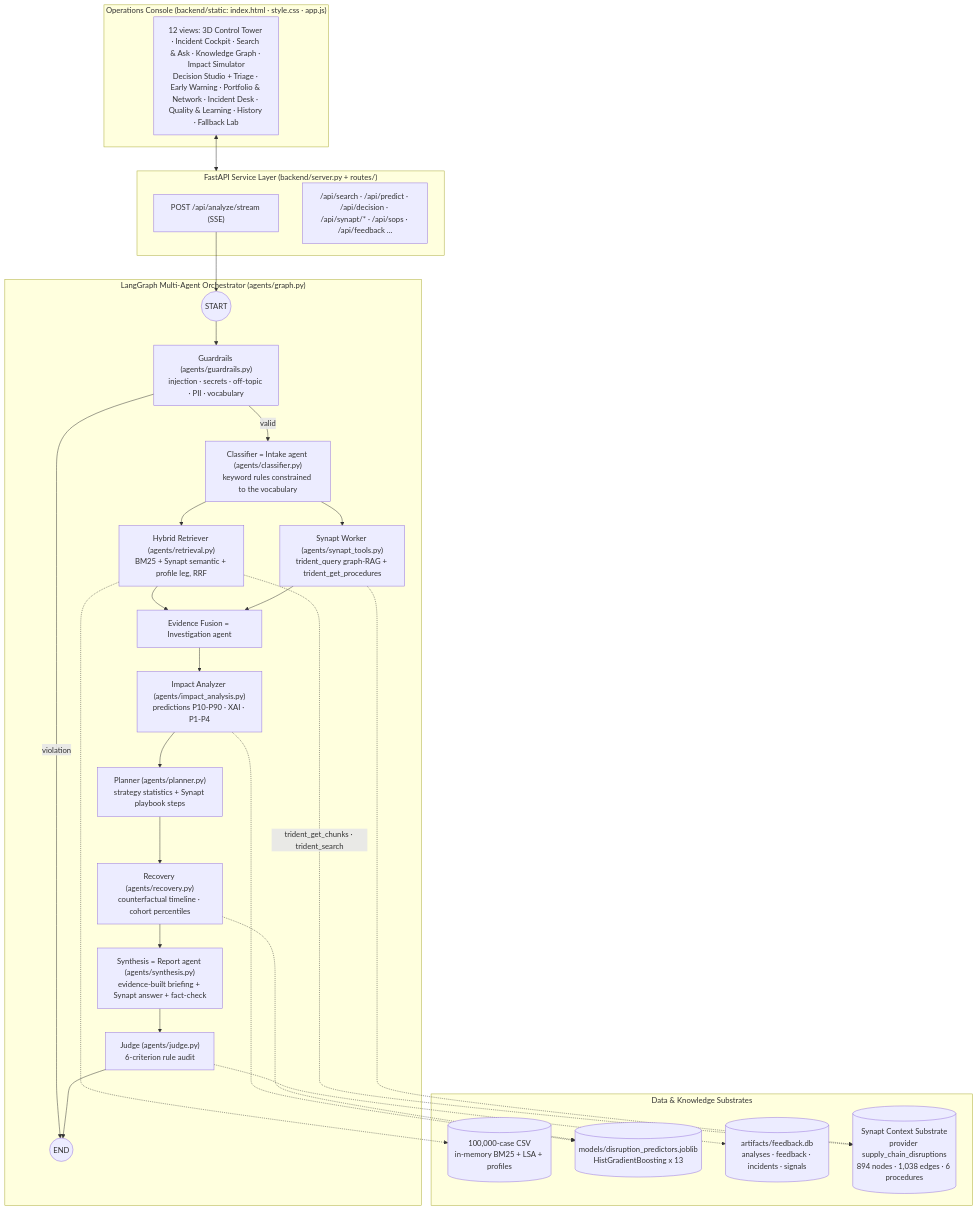
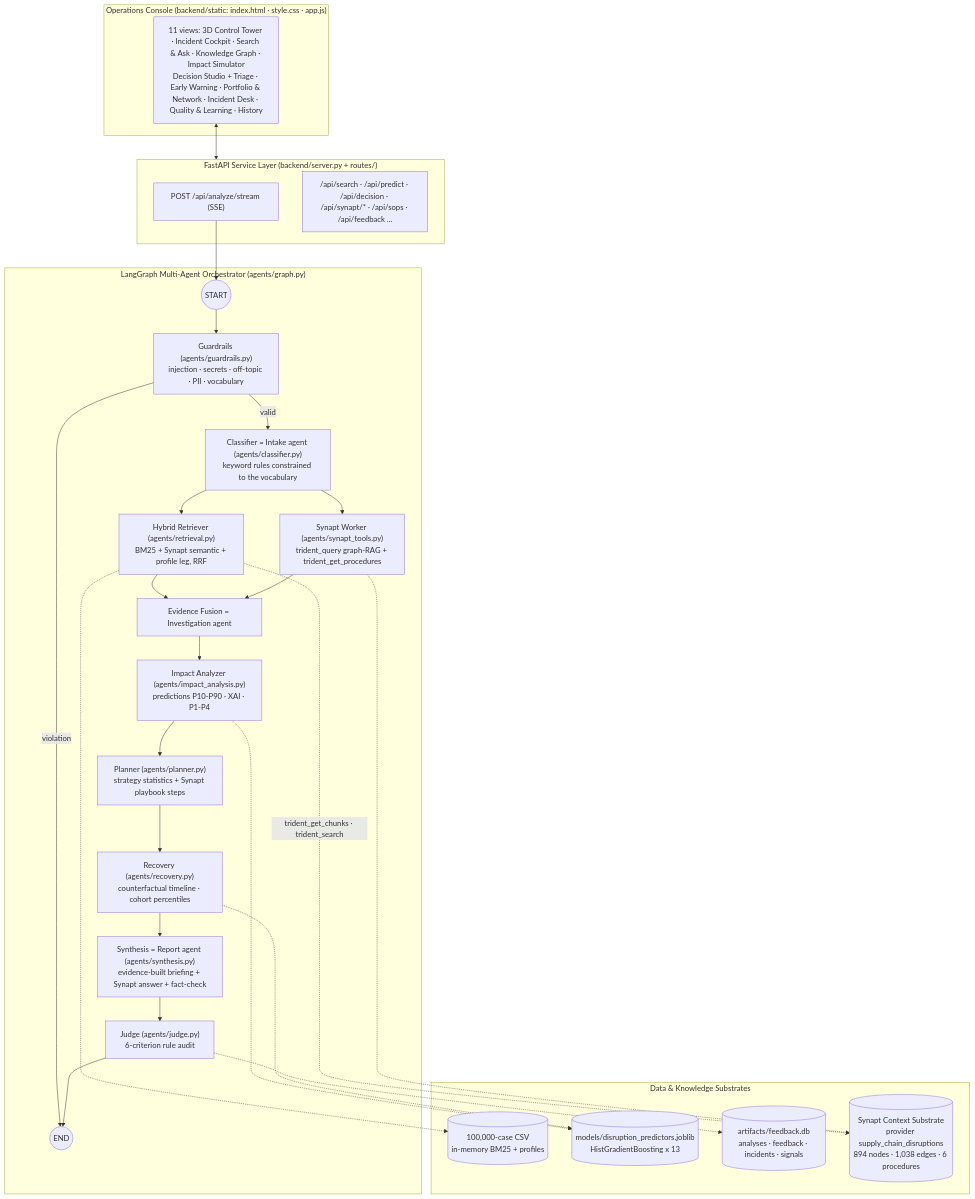
Before and after one commit to Revanth2074/SupplyChain: the second of 2 diagrams in documentation/ARCHITECTURE.md, drawn with Mermaid. The commit also changed other lines of this file and 44 other files, not shown here.

````diff
--- a/documentation/ARCHITECTURE.md
+++ b/documentation/ARCHITECTURE.md
@@ -76,50 +76,50 @@
 ```mermaid
 flowchart TD
     subgraph Client_Layer ["Operations Console (backend/static: index.html · style.css · app.js)"]
-        UI["12 views: 3D Control Tower · Incident Cockpit · Search & Ask · Knowledge Graph · Impact Simulator<br/>Decision Studio + Triage · Early Warning · Portfolio & Network · Incident Desk · Quality & Learning · History · Fallback Lab"]
+        UI["11 views: 3D Control Tower · Incident Cockpit · Search & Ask · Knowledge Graph · Impact Simulator<br/>Decision Studio + Triage · Early Warning · Portfolio & Network · Incident Desk · Quality & Learning · History"]
     end
 
     subgraph Service_Layer ["FastAPI Service Layer (backend/server.py + routes/)"]
         API_STREAM["POST /api/analyze/stream (SSE)"]
         API_OTHER["/api/search · /api/predict · /api/decision · /api/synapt/* · /api/sops · /api/feedback ..."]
     end
 
     subgraph Orchestration_Layer ["LangGraph Multi-Agent Orchestrator (agents/graph.py)"]
         START((START))
         GUARD["Guardrails (agents/guardrails.py)<br/>injection · secrets · off-topic · PII · vocabulary"]
         CLS["Classifier = Intake agent (agents/classifier.py)<br/>keyword rules constrained to the vocabulary"]
         HYB["Hybrid Retriever (agents/retrieval.py)<br/>BM25 + Synapt semantic + profile leg, RRF"]
         SYN["Synapt Worker (agents/synapt_tools.py)<br/>trident_query graph-RAG + trident_get_procedures"]
         FUSE["Evidence Fusion = Investigation agent"]
         IMP["Impact Analyzer (agents/impact_analysis.py)<br/>predictions P10-P90 · XAI · P1-P4"]
         PLAN["Planner (agents/planner.py)<br/>strategy statistics + Synapt playbook steps"]
         REC["Recovery (agents/recovery.py)<br/>counterfactual timeline · cohort percentiles"]
         SYNTH["Synthesis = Report agent (agents/synthesis.py)<br/>evidence-built briefing + Synapt answer + fact-check"]
         JUDGE["Judge (agents/judge.py)<br/>6-criterion rule audit"]
         FINISH((END))
     end
 
     subgraph Storage_Layer ["Data & Knowledge Substrates"]
-        DATA[("100,000-case CSV<br/>in-memory BM25 + LSA + profiles")]
+        DATA[("100,000-case CSV<br/>in-memory BM25 + profiles")]
         MODELS[("models/disruption_predictors.joblib<br/>HistGradientBoosting x 13")]
         SQL[("artifacts/feedback.db<br/>analyses · feedback · incidents · signals")]
         SUB[("Synapt Context Substrate<br/>provider supply_chain_disruptions<br/>894 nodes · 1,038 edges · 6 procedures")]
     end
 
     UI <--> Service_Layer
     API_STREAM --> START
     START --> GUARD
     GUARD -->|valid| CLS
     GUARD -->|violation| FINISH
     CLS --> HYB & SYN
     HYB --> FUSE
     SYN --> FUSE
     FUSE --> IMP --> PLAN --> REC --> SYNTH --> JUDGE --> FINISH
 
     HYB -.-> DATA
     HYB -.->|trident_get_chunks · trident_search| SUB
     SYN -.-> SUB
     IMP -.-> MODELS
     REC -.-> MODELS
     JUDGE -.-> SQL
 ```
````
